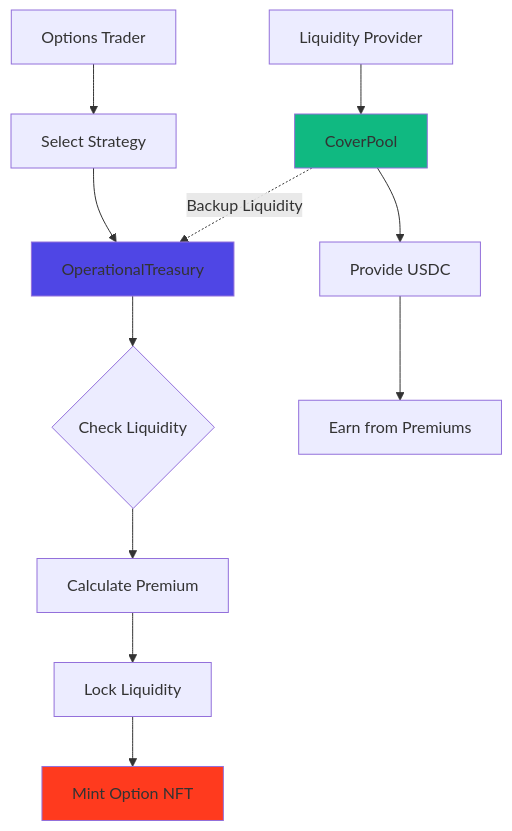
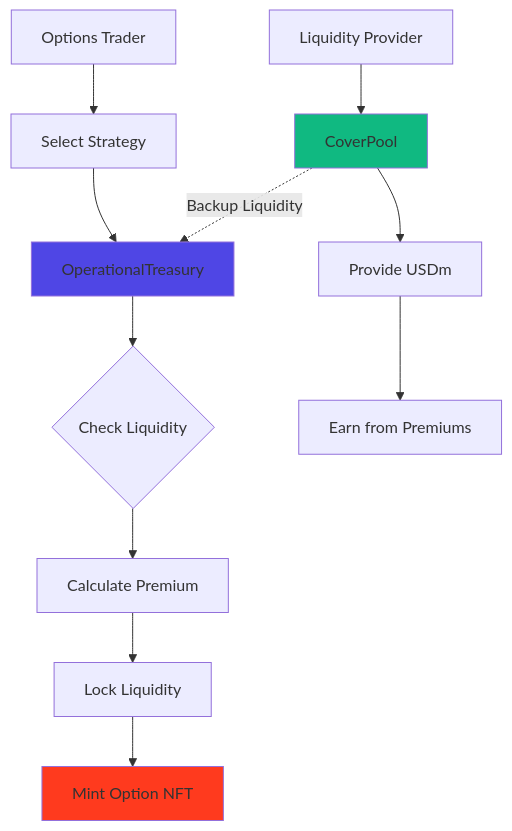
The diagram in landing/docs/hedge/overview.md (Mega-Fi/megafi-docs), drawn with Mermaid before and after one commit. The commit also changed other lines of this file and 22 other files, not shown here.

Commit message:
Fix: rename USDC to USDm

````diff
--- a/landing/docs/hedge/overview.md
+++ b/landing/docs/hedge/overview.md
@@ -16,19 +16,19 @@
 ```mermaid
 graph TD
     A[Options Trader] --> B[Select Strategy]
     B --> C[OperationalTreasury]
     C --> D{Check Liquidity}
     D --> E[Calculate Premium]
     E --> F[Lock Liquidity]
     F --> G[Mint Option NFT]
     
     H[Liquidity Provider] --> I[CoverPool]
-    I --> J[Provide USDC]
+    I --> J[Provide USDm]
     J --> K[Earn from Premiums]
     
     I -.Backup Liquidity.-> C
     
     style C fill:#4F46E5
     style I fill:#10B981
     style G fill:#FF3A1E
 ```
````
